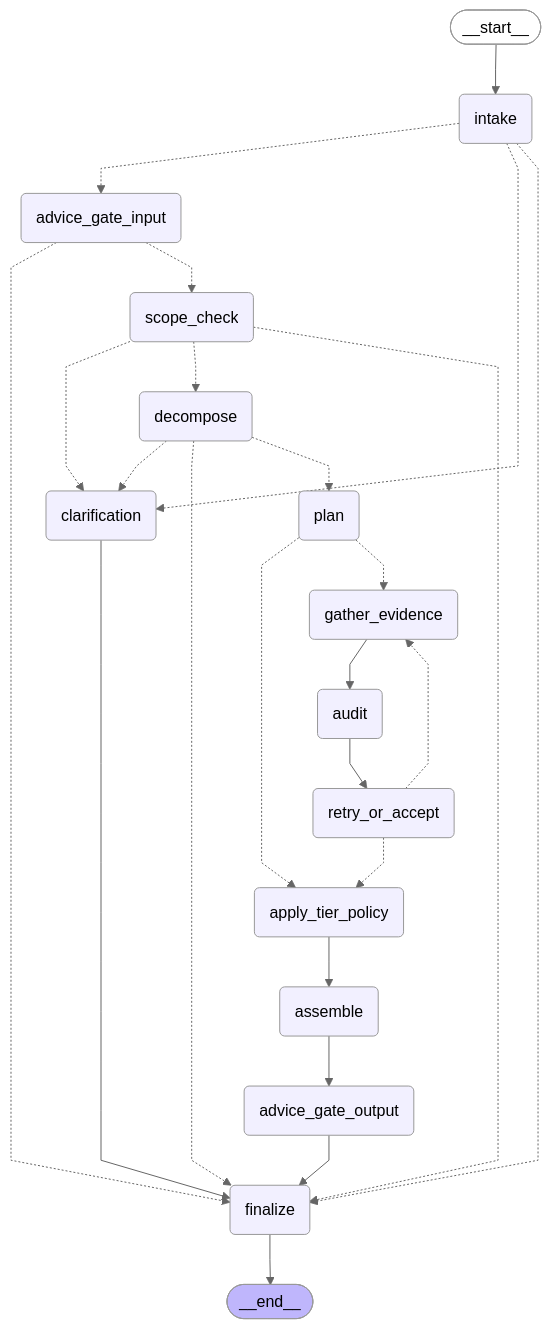
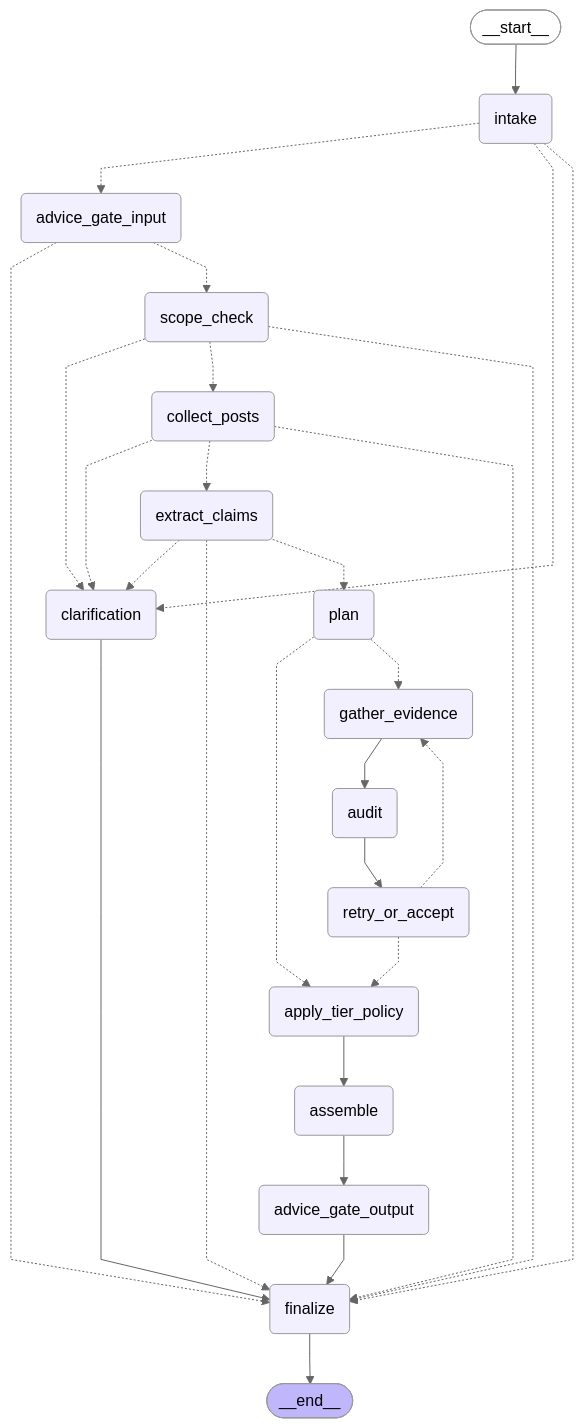
Before and after one commit to hungdp123/GenAI-group-project: the diagram in docs/orchestrator_graph.md, drawn with Mermaid (neutral theme). The commit also changed 47 other files, not shown here.

First line of the commit message:
Check an influencer's stored sentences against filings, including claims extracted ahead of time.

````diff
--- a/docs/orchestrator_graph.md
+++ b/docs/orchestrator_graph.md
@@ -5,49 +5,53 @@
 ```mermaid
 ---
 config:
   flowchart:
     curve: linear
 ---
 graph TD;
 	__start__([<p>__start__</p>]):::first
 	intake(intake)
 	advice_gate_input(advice_gate_input)
 	scope_check(scope_check)
 	clarification(clarification)
-	decompose(decompose)
+	collect_posts(collect_posts)
+	extract_claims(extract_claims)
 	plan(plan)
 	gather_evidence(gather_evidence)
 	audit(audit)
 	retry_or_accept(retry_or_accept)
 	apply_tier_policy(apply_tier_policy)
 	assemble(assemble)
 	advice_gate_output(advice_gate_output)
 	finalize(finalize)
 	__end__([<p>__end__</p>]):::last
 	__start__ --> intake;
 	advice_gate_input -.-> finalize;
 	advice_gate_input -.-> scope_check;
 	advice_gate_output --> finalize;
 	apply_tier_policy --> assemble;
 	assemble --> advice_gate_output;
 	audit --> retry_or_accept;
 	clarification --> finalize;
-	decompose -.-> clarification;
-	decompose -.-> finalize;
-	decompose -.-> plan;
+	collect_posts -.-> clarification;
+	collect_posts -.-> extract_claims;
+	collect_posts -.-> finalize;
+	extract_claims -.-> clarification;
+	extract_claims -.-> finalize;
+	extract_claims -.-> plan;
 	gather_evidence --> audit;
 	intake -.-> advice_gate_input;
 	intake -.-> clarification;
 	intake -.-> finalize;
 	plan -.-> apply_tier_policy;
 	plan -.-> gather_evidence;
 	retry_or_accept -.-> apply_tier_policy;
 	retry_or_accept -.-> gather_evidence;
 	scope_check -.-> clarification;
-	scope_check -.-> decompose;
+	scope_check -.-> collect_posts;
 	scope_check -.-> finalize;
 	finalize --> __end__;
 	classDef default fill:#f2f0ff,line-height:1.2
 	classDef first fill-opacity:0
 	classDef last fill:#bfb6fc
 ```
````
